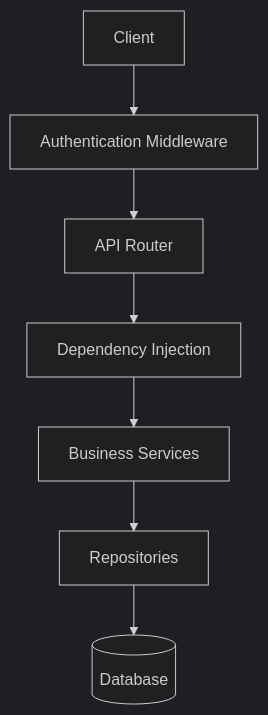
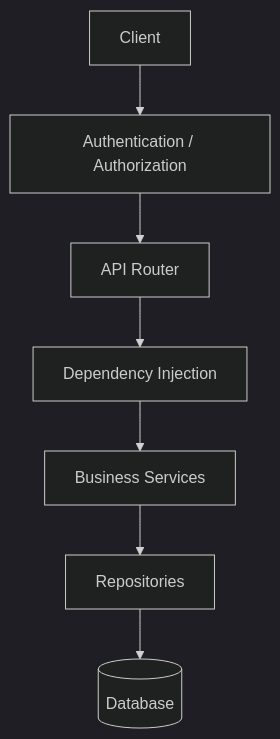
Before and after one commit to antrika02/finance_assistant: the second of 6 diagrams in README.md, drawn with Mermaid (dark theme). The commit also changed other lines of this file, not shown here.

````diff
--- a/README.md
+++ b/README.md
@@ -198,9 +140,9 @@
 ```mermaid
 flowchart TD
-    C[Client] --> AM[Authentication Middleware]
+    C[Client] --> AM[Authentication / Authorization]
     AM --> AR[API Router]
     AR --> DI[Dependency Injection]
     DI --> BS[Business Services]
     BS --> RP[Repositories]
     RP --> DB[(Database)]
 ```
````
